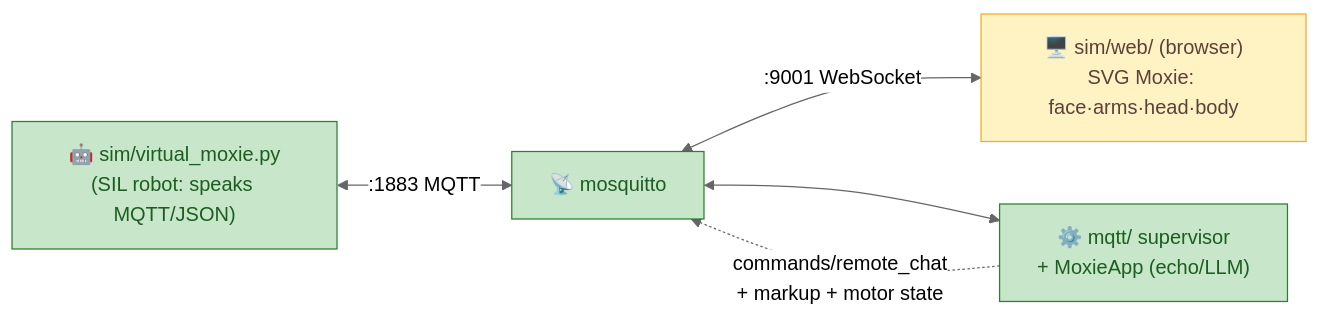
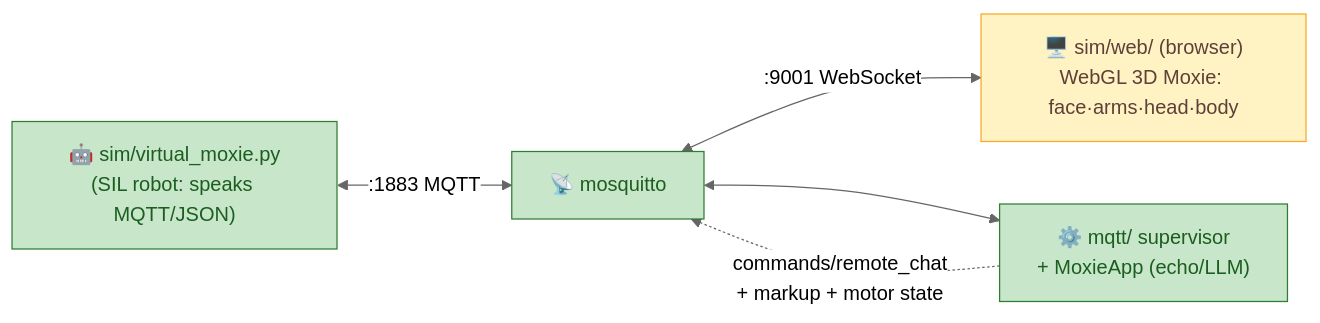
One commit to mvalancy/moxie-robot-saver changed the diagram in docs/architecture/sil-and-cicd.md. Above: the diagram before and after it, drawn with Mermaid (neutral theme). The commit also changed other lines of this file, not shown here.

Commit message:
docs(sil): align timer cadences to live crons; fix scope table + diagram

````diff
--- a/docs/architecture/sil-and-cicd.md
+++ b/docs/architecture/sil-and-cicd.md
@@ -57,10 +57,10 @@
 ```mermaid
 flowchart LR
   vm["🤖 sim/virtual_moxie.py<br/>(SIL robot: speaks MQTT/JSON)"] <-->|":1883 MQTT"| broker["📡 mosquitto"]
-  broker <-->|":9001 WebSocket"| ui["🖥️ sim/web/ (browser)<br/>SVG Moxie: face·arms·head·body"]
+  broker <-->|":9001 WebSocket"| ui["🖥️ sim/web/ (browser)<br/>WebGL 3D Moxie: face·arms·head·body"]
   broker <--> sup["⚙️ mqtt/ supervisor<br/>+ MoxieApp (echo/LLM)"]
   sup -.->|"commands/remote_chat<br/>+ markup + motor state"| broker
   classDef done fill:#c8e6c9,stroke:#2e7d32,color:#1b5e20;
   classDef todo fill:#fff3c4,stroke:#f9a825,color:#5d4037;
   class vm,broker,sup done; class ui todo;
 ```
````
